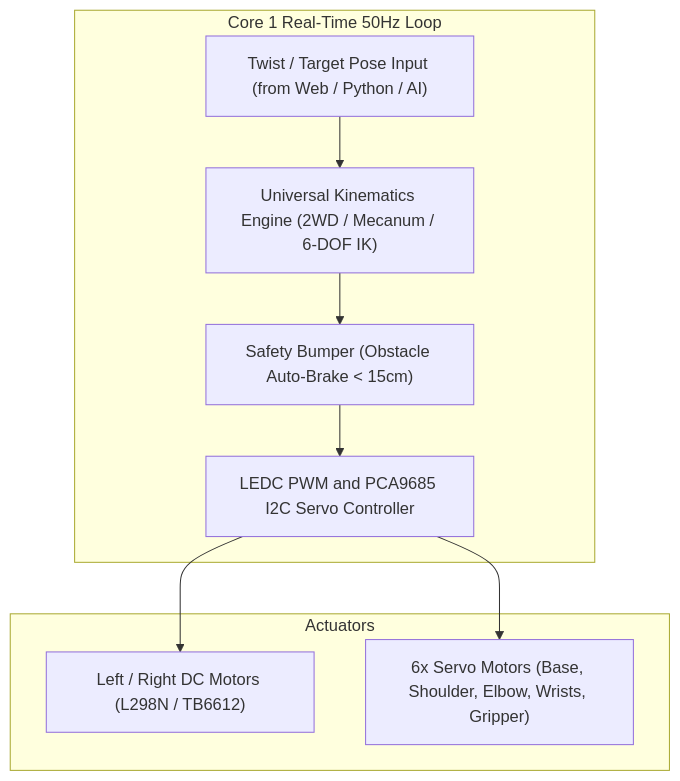
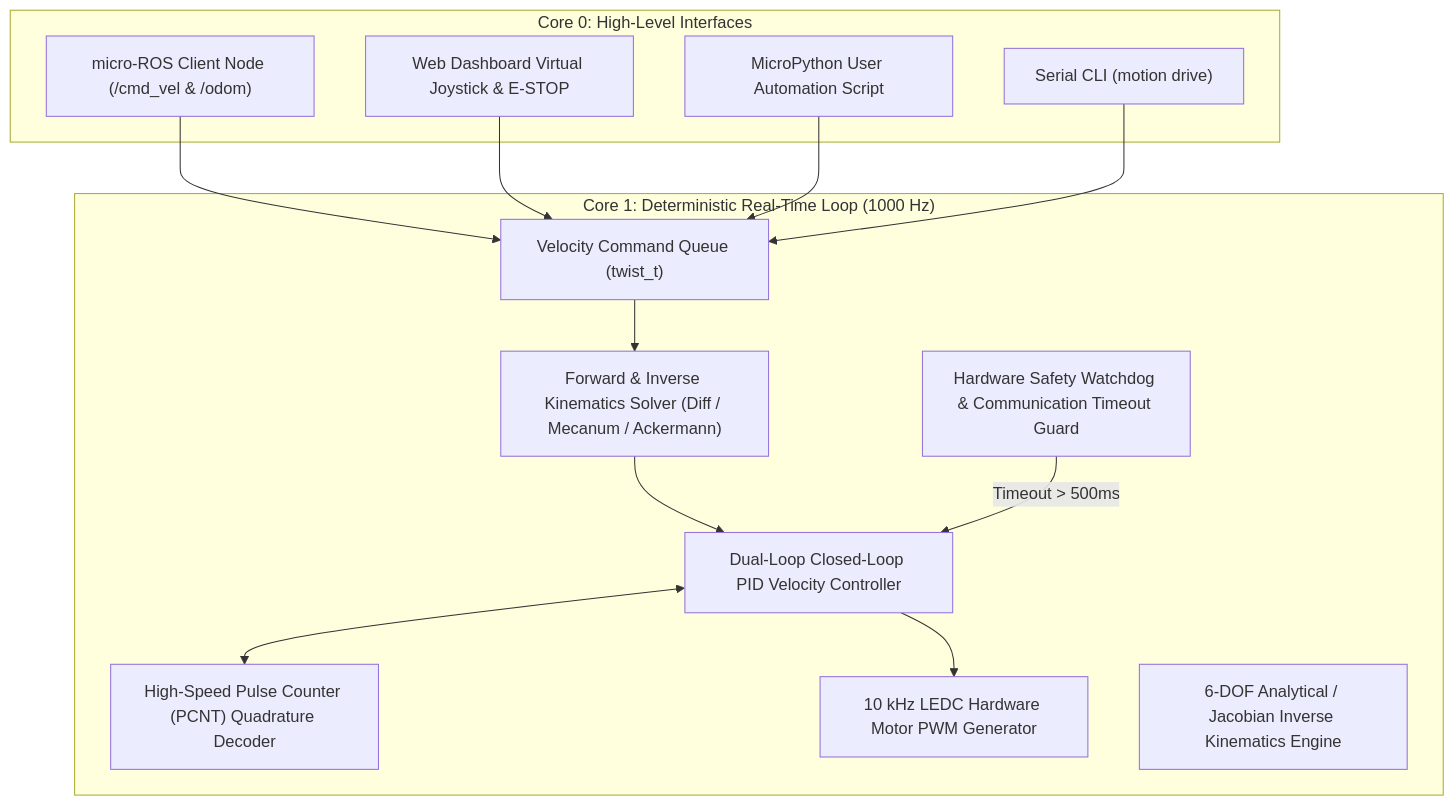
One commit to tamimystic/tamimystic-os changed the first of 2 diagrams in docs/robotics/overview.md. Above: the diagram before and after it, drawn with Mermaid. The commit also changed other lines of this file and 23 other files, not shown here.

````diff
--- a/docs/robotics/overview.md
+++ b/docs/robotics/overview.md
@@ -9,20 +11,30 @@
 ```mermaid
 graph TD
-    subgraph Core 1 [Core 1 Real-Time 50Hz Loop]
-        IN["Twist / Target Pose Input (from Web / Python / AI)"]
-        KIN["Universal Kinematics Engine (2WD / Mecanum / 6-DOF IK)"]
-        SAFE["Safety Bumper (Obstacle Auto-Brake < 15cm)"]
-        PWM["LEDC PWM and PCA9685 I2C Servo Controller"]
-        
-        IN --> KIN
-        KIN --> SAFE
-        SAFE --> PWM
+    subgraph Core1RealTime["Core 1: Deterministic Real-Time Loop (1000 Hz)"]
+        CmdQueue["Velocity Command Queue (twist_t)"]
+        Kinematics["Forward & Inverse Kinematics Solver (Diff / Mecanum / Ackermann)"]
+        PIDControl["Dual-Loop Closed-Loop PID Velocity Controller"]
+        Encoders["High-Speed Pulse Counter (PCNT) Quadrature Decoder"]
+        PWMDriver["10 kHz LEDC Hardware Motor PWM Generator"]
+        ArmSolver["6-DOF Analytical / Jacobian Inverse Kinematics Engine"]
+        SafetyDaemon["Hardware Safety Watchdog & Communication Timeout Guard"]
     end
-    
-    subgraph Actuators
-        M1["Left / Right DC Motors (L298N / TB6612)"]
-        S1["6x Servo Motors (Base, Shoulder, Elbow, Wrists, Gripper)"]
-        PWM --> M1
-        PWM --> S1
+
+    subgraph Core0Comms["Core 0: High-Level Interfaces"]
+        ROS2Node["micro-ROS Client Node (/cmd_vel & /odom)"]
+        WebJoy["Web Dashboard Virtual Joystick & E-STOP"]
+        PyVM["MicroPython User Automation Script"]
+        CLIConn["Serial CLI (motion drive)"]
     end
+
+    ROS2Node --> CmdQueue
+    WebJoy --> CmdQueue
+    PyVM --> CmdQueue
+    CLIConn --> CmdQueue
+
+    CmdQueue --> Kinematics
+    Kinematics --> PIDControl
+    PIDControl <--> Encoders
+    PIDControl --> PWMDriver
+    SafetyDaemon -->|Timeout > 500ms| PIDControl
 ```
````
